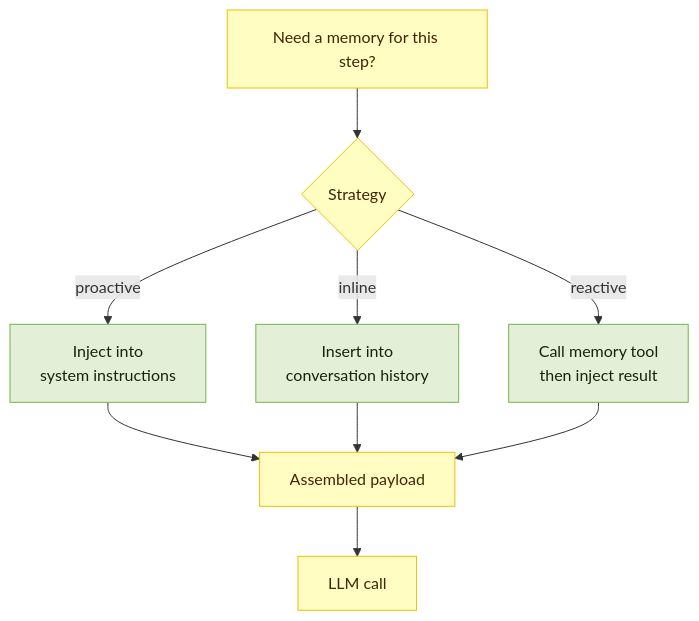
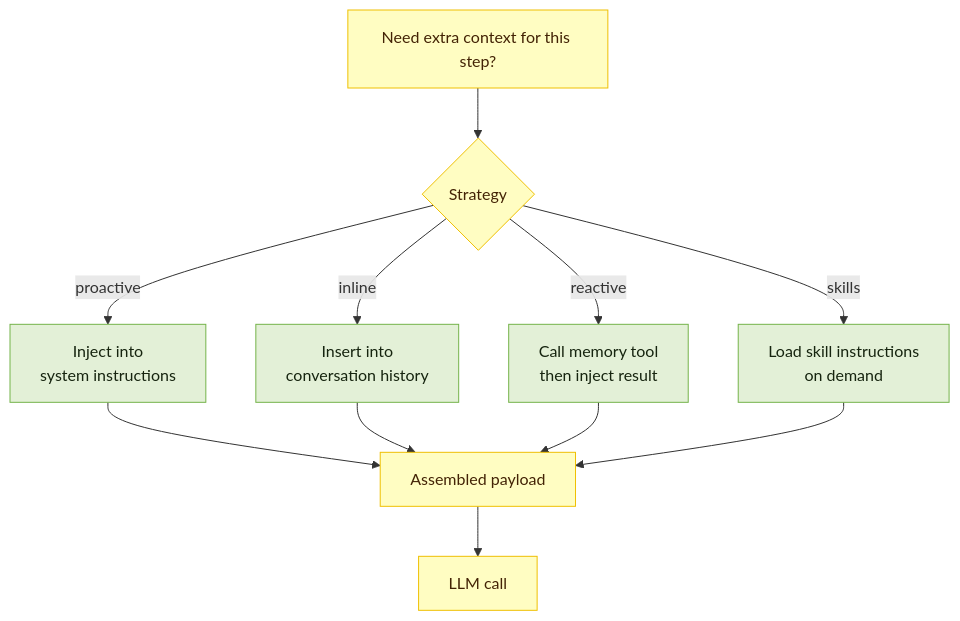
One commit to artreimus/ylang-labs-blog changed the tenth of 13 diagrams in data/blogs/context-engineering-for-ai-agents.mdx. Above: the diagram before and after it, drawn with Mermaid. The commit also changed other lines of this file, not shown here.

Commit message:
feat(blog): Enhance context engineering Retrieve relevant tools section

`````diff
--- a/data/blogs/context-engineering-for-ai-agents.mdx
+++ b/data/blogs/context-engineering-for-ai-agents.mdx
@@ -462,16 +470,18 @@
 ```mermaid
 flowchart TD
   classDef primary fill:#fffdc2,stroke:#efc003,stroke-width:1px,color:#432305;
   classDef secondary fill:#e3f0d7,stroke:#75b34a,stroke-width:1px,color:#16240f;
 
-START["Need a memory for this step?"]:::primary --> CHOICE{Strategy}:::primary
+START["Need extra context for this step?"]:::primary --> CHOICE{Strategy}:::primary
 CHOICE -->|proactive| SYS["Inject into<br/>system instructions"]:::secondary
 CHOICE -->|inline| HIST["Insert into<br/>conversation history"]:::secondary
 CHOICE -->|reactive| TOOL["Call memory tool<br/>then inject result"]:::secondary
+CHOICE -->|skills| SKILL["Load skill instructions<br/>on demand"]:::secondary
 
 SYS --> PAY["Assembled payload"]:::primary
 HIST --> PAY
 TOOL --> PAY
+SKILL --> PAY
 PAY --> LLM["LLM call"]:::primary
 
 ````
`````
